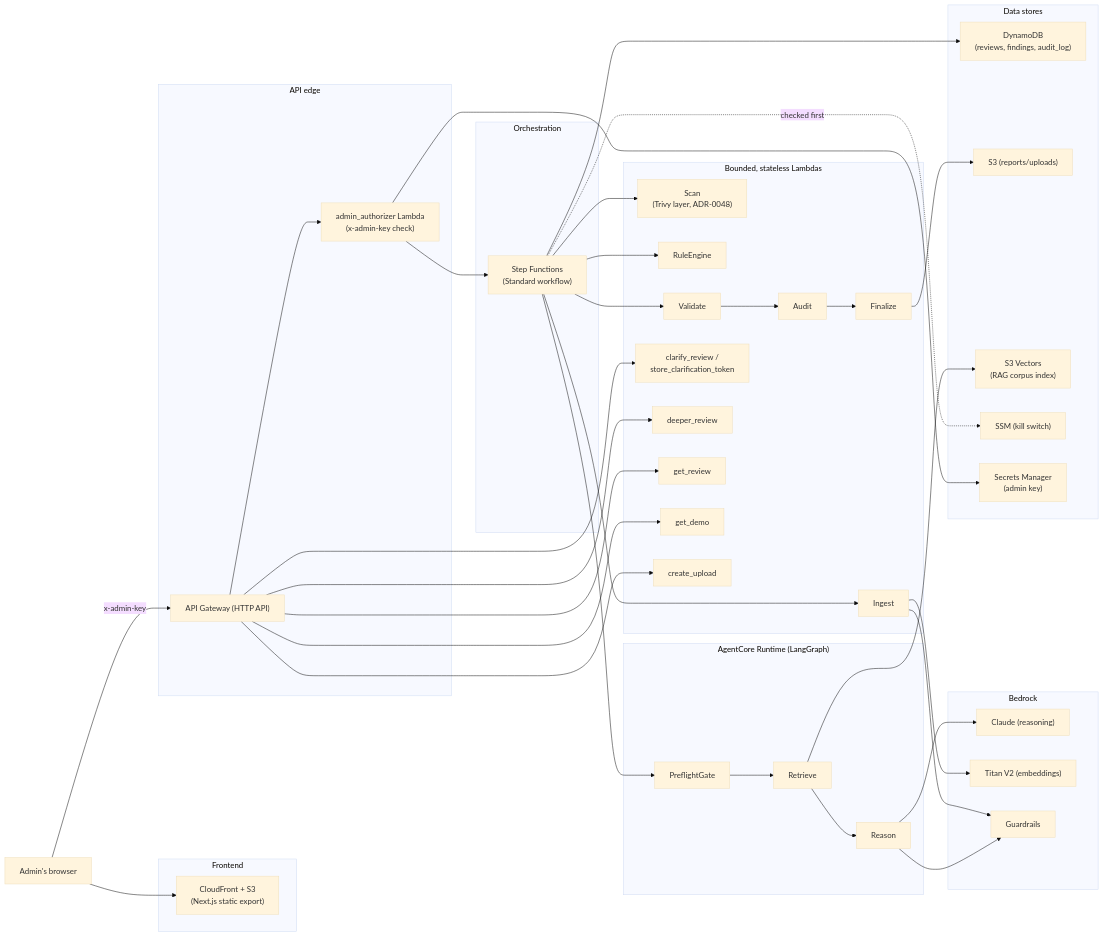
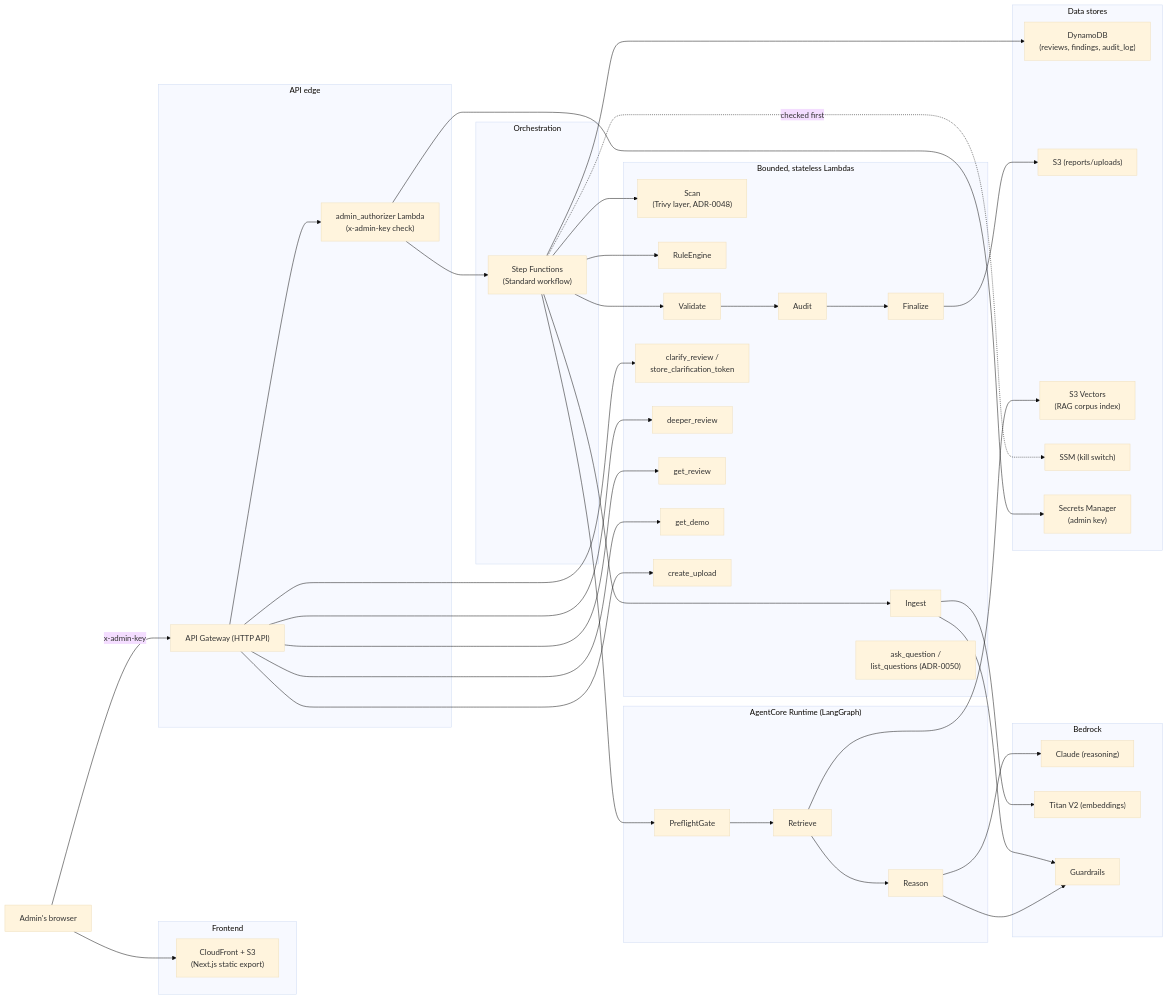
One commit to nandohtorres/archibrief changed the first of 2 diagrams in docs/architecture.md. Above: the diagram before and after it, drawn with Mermaid (base theme). The commit also changed other lines of this file and 5 other files, not shown here.

First line of the commit message:
docs: ADR-0050, chat runbook, threat model boundary 6

````diff
--- a/docs/architecture.md
+++ b/docs/architecture.md
@@ -11,75 +11,76 @@
 ```mermaid
 flowchart LR
     User["Admin's browser"]
 
     subgraph Frontend["Frontend"]
         CF["CloudFront + S3<br/>(Next.js static export)"]
     end
 
     subgraph Edge["API edge"]
         APIGW["API Gateway (HTTP API)"]
         Auth["admin_authorizer Lambda<br/>(x-admin-key check)"]
     end
 
     subgraph Orchestration["Orchestration"]
         SFN["Step Functions<br/>(Standard workflow)"]
     end
 
     subgraph Compute["Bounded, stateless Lambdas"]
         Ingest["Ingest"]
         Scan["Scan<br/>(Trivy layer, ADR-0048)"]
         Rules["RuleEngine"]
         Validate["Validate"]
         Audit["Audit"]
         Finalize["Finalize"]
         Clarify["clarify_review /<br/>store_clarification_token"]
         Deeper["deeper_review"]
         GetReview["get_review"]
         GetDemo["get_demo"]
         CreateUpload["create_upload"]
+        Chat["ask_question /<br/>list_questions (ADR-0050)"]
     end
 
     subgraph Reasoning["AgentCore Runtime (LangGraph)"]
         Preflight["PreflightGate"]
         Retrieve["Retrieve"]
         Reason["Reason"]
     end
 
     subgraph AWSAI["Bedrock"]
         Claude["Claude (reasoning)"]
         Titan["Titan V2 (embeddings)"]
         GR["Guardrails"]
     end
 
     subgraph Data["Data stores"]
         DDB["DynamoDB<br/>(reviews, findings, audit_log)"]
         S3R["S3 (reports/uploads)"]
         S3V["S3 Vectors<br/>(RAG corpus index)"]
         SSM["SSM (kill switch)"]
         Secrets["Secrets Manager<br/>(admin key)"]
     end
 
     User --> CF
     User -->|x-admin-key| APIGW
     APIGW --> Auth
     Auth --> SFN
     APIGW --> GetDemo
     APIGW --> GetReview
     APIGW --> Clarify
     APIGW --> Deeper
     APIGW --> CreateUpload
 
     SFN --> Ingest --> GR
     SFN --> Scan
     SFN --> Rules
     SFN --> Preflight --> Retrieve --> S3V
     Retrieve --> Reason
     Reason --> Claude
     Reason --> GR
     SFN --> Validate --> Audit --> Finalize
     Finalize --> S3R
     SFN --> DDB
     SFN -.->|checked first| SSM
     Ingest --> Titan
     Auth --> Secrets
 ```
````
